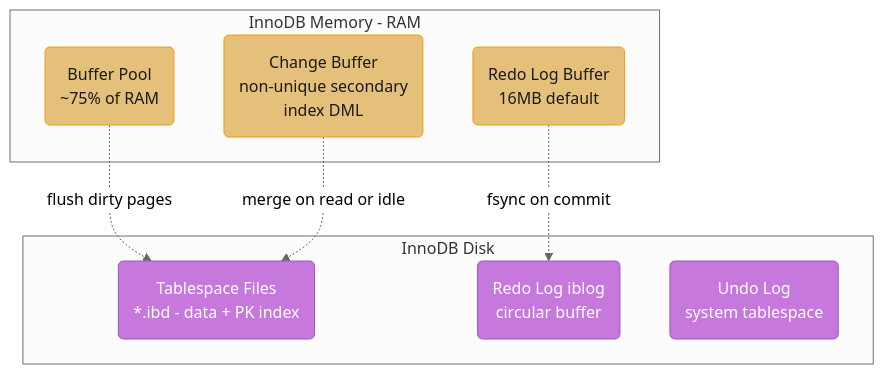
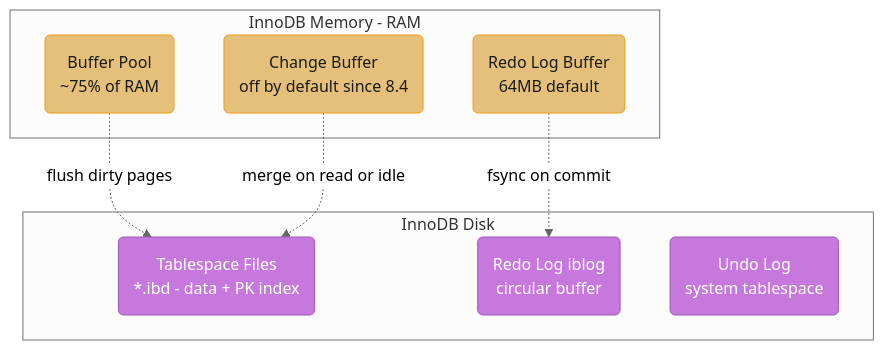
Before and after one commit to rppol/system-design: the first of 6 diagrams in src/main/java/com/rutik/systemdesign/database/mysql_innodb_internals/mysql_innodb_internals.md, drawn with Mermaid (neutral theme). The commit also changed other lines of this file and 655 other files, not shown here.

````diff
--- a/src/main/java/com/rutik/systemdesign/database/mysql_innodb_internals/mysql_innodb_internals.md
+++ b/src/main/java/com/rutik/systemdesign/database/mysql_innodb_internals/mysql_innodb_internals.md
@@ -34,29 +34,29 @@
 ```mermaid
 flowchart TD
     classDef io      fill:#61afef,stroke:#2e86c1,color:#1a1a1a,font-weight:bold
     classDef frozen  fill:#c678dd,stroke:#9b59b6,color:#fff
     classDef train   fill:#98c379,stroke:#27ae60,color:#1a1a1a
     classDef mathOp  fill:#d19a66,stroke:#e67e22,color:#1a1a1a,font-weight:bold
     classDef lossN   fill:#e06c75,stroke:#c0392b,color:#fff,font-weight:bold
     classDef req     fill:#56b6c2,stroke:#0097a7,color:#1a1a1a
     classDef base    fill:#e5c07b,stroke:#f39c12,color:#1a1a1a
 
     subgraph MEM["InnoDB Memory - RAM"]
         BP("Buffer Pool<br/>~75% of RAM")
-        RLB("Redo Log Buffer<br/>16MB default")
-        CB("Change Buffer<br/>non-unique secondary<br/>index DML")
+        RLB("Redo Log Buffer<br/>64MB default")
+        CB("Change Buffer<br/>off by default since 8.4")
     end
 
     subgraph DISK["InnoDB Disk"]
         TS("Tablespace Files<br/>*.ibd - data + PK index")
         RL("Redo Log iblog<br/>circular buffer")
         UL("Undo Log<br/>system tablespace")
     end
 
     BP -.->|"flush dirty pages"| TS
     RLB -.->|"fsync on commit"| RL
     CB -.->|"merge on read or idle"| TS
 
     class BP,RLB,CB base
     class TS,RL,UL frozen
 ```
````
